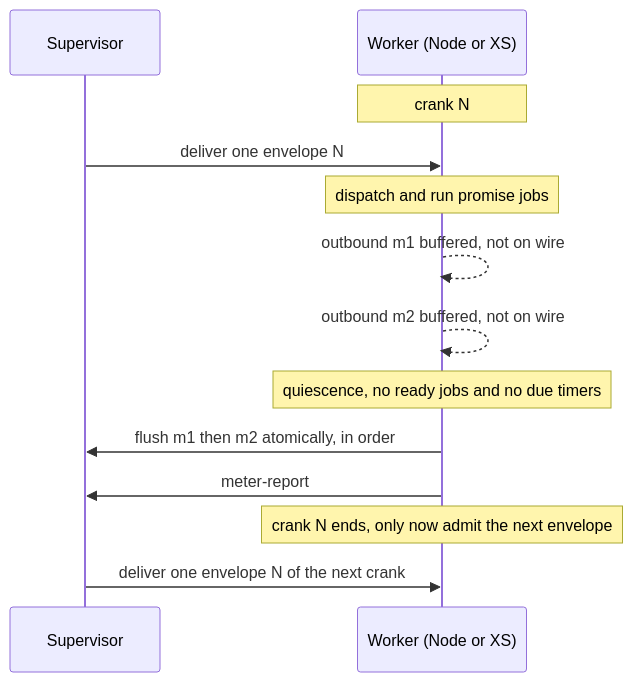
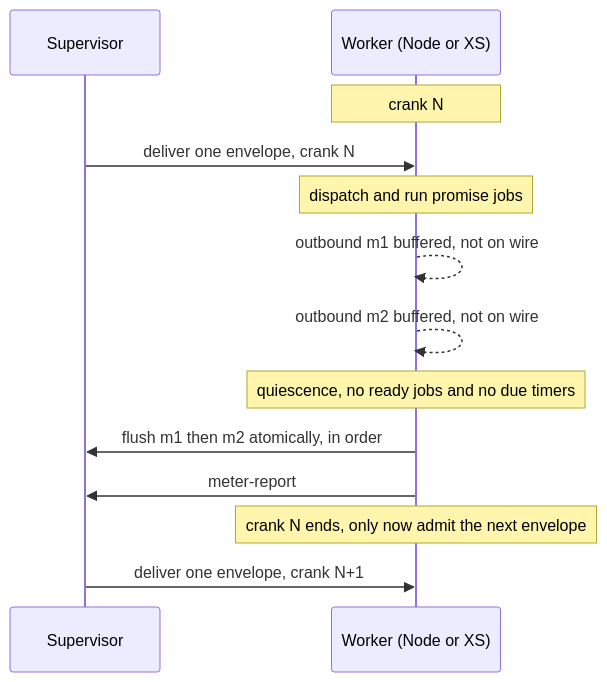
One commit to endojs/endo-but-for-bots changed the diagram in designs/worker-quiescence-embargo.md. Above: the diagram before and after it, drawn with Mermaid. The commit also changed other lines of this file, not shown here.

````diff
--- a/designs/worker-quiescence-embargo.md
+++ b/designs/worker-quiescence-embargo.md
@@ -139,15 +177,15 @@
 ```mermaid
 sequenceDiagram
     participant S as Supervisor
     participant W as Worker (Node or XS)
     Note over W: crank N
-    S->>W: deliver one envelope N
+    S->>W: deliver one envelope, crank N
     Note over W: dispatch and run promise jobs
     W-->>W: outbound m1 buffered, not on wire
     W-->>W: outbound m2 buffered, not on wire
     Note over W: quiescence, no ready jobs and no due timers
     W->>S: flush m1 then m2 atomically, in order
     W->>S: meter-report
     Note over W: crank N ends, only now admit the next envelope
-    S->>W: deliver one envelope N of the next crank
+    S->>W: deliver one envelope, crank N+1
 ```
````
